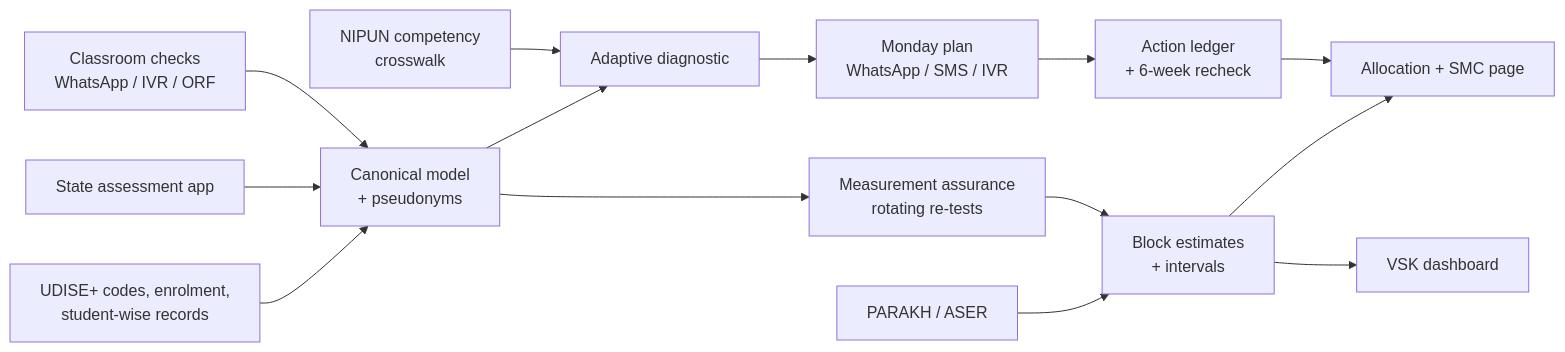
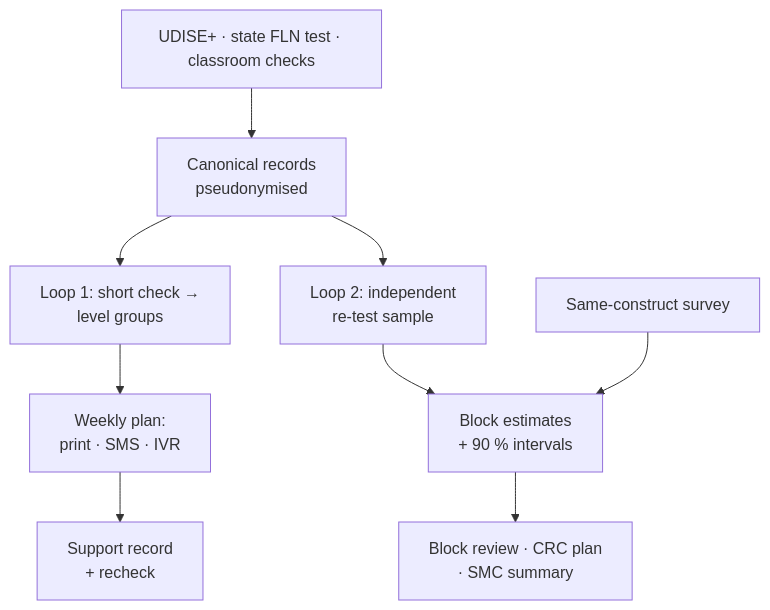
One commit to imdigitalashish/techfest-2026 changed the diagram in india71-t2-learning/deliverables/round1-proposal.md. Above: the diagram before and after it, drawn with Mermaid. The commit also changed other lines of this file and 8 other files, not shown here.

Commit message:
india71-t2-learning: proposal v1.0 (hostile-judge review addressed: 24/25 accepted) + India71_100_[TeamID].pdf (6 pages, Arial embedded, >=11pt), check_docs 16/16, primary-source verification (DPDP Rules, VSK, three papers), review responses + ledger, ADR 001 addendum

````diff
--- a/india71-t2-learning/deliverables/round1-proposal.md
+++ b/india71-t2-learning/deliverables/round1-proposal.md
@@ -62,16 +51,11 @@
 ```mermaid
-flowchart LR
-  U[UDISE+ codes, enrolment,<br/>student-wise records] --> C2
-  S[State assessment app] --> C2
-  K[Classroom checks<br/>WhatsApp / IVR / ORF] --> C2
-  P[PARAKH / ASER] --> C6
-  C2[Canonical model<br/>+ pseudonyms] --> C4[Adaptive diagnostic]
-  C3[NIPUN competency<br/>crosswalk] --> C4
-  C4 --> C7[Monday plan<br/>WhatsApp / SMS / IVR]
-  C7 --> C11[Action ledger<br/>+ 6-week recheck]
-  C2 --> C5[Measurement assurance<br/>rotating re-tests]
-  C5 --> C6[Block estimates<br/>+ intervals]
-  C6 --> C9[Allocation + SMC page]
-  C6 --> V[VSK dashboard]
-  C11 --> C9
+flowchart TB
+  A["UDISE+ · state FLN test · classroom checks"] --> B["Canonical records<br/>pseudonymised"]
+  B --> C["Loop 1: short check →<br/>level groups"]
+  C --> D["Weekly plan:<br/>print · SMS · IVR"]
+  D --> E["Support record<br/>+ recheck"]
+  B --> F["Loop 2: independent<br/>re-test sample"]
+  F --> G["Block estimates<br/>+ 90 % intervals"]
+  H["Same-construct survey"] --> G
+  G --> I["Block review · CRC plan<br/>· SMC summary"]
 ```
````
